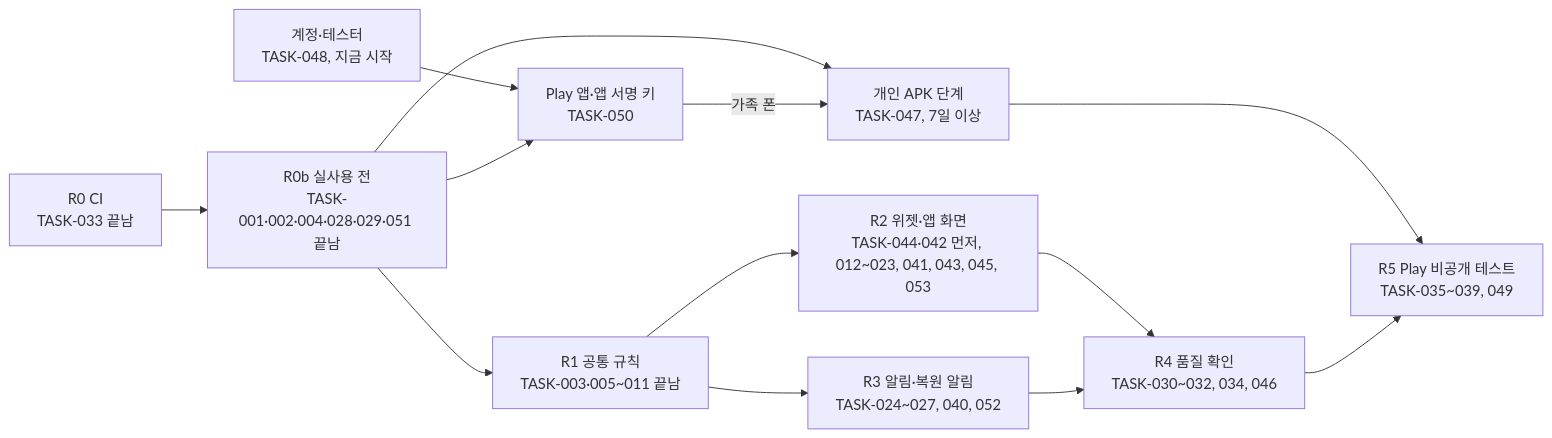
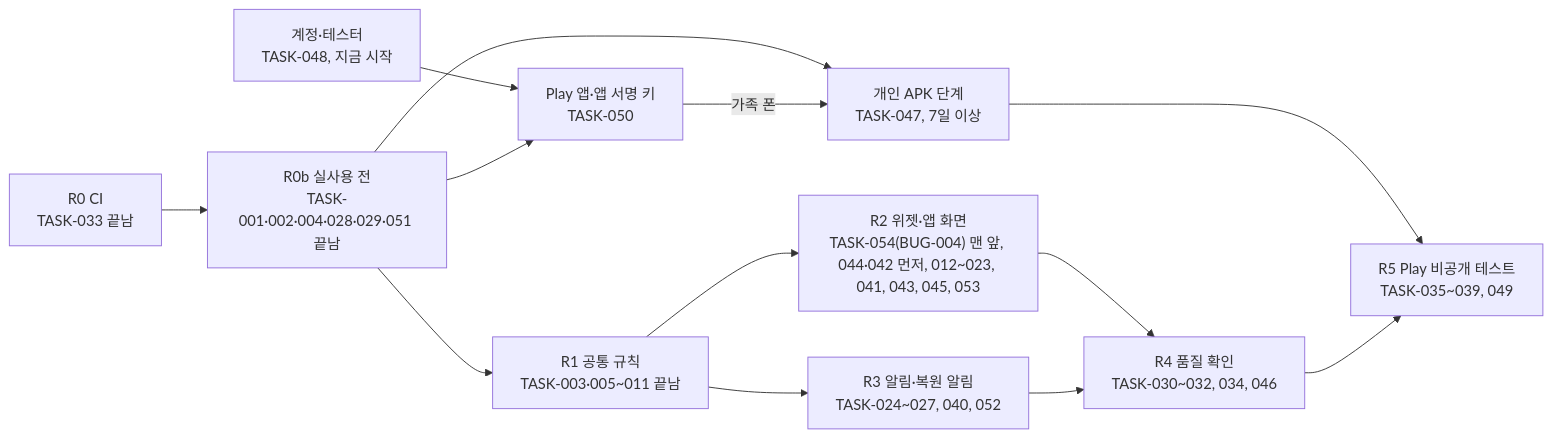
Before and after one commit to judangbang-ops/pillbadeum_release: the diagram in docs/08-wbs/wbs.md, drawn with Mermaid. The commit also changed other lines of this file and 6 other files, not shown here.

First line of the commit message:
05 고정·07·08 승인·10 계획 확인: TASK-054(BUG-004) 맨 앞, 시험용 갤럭시 (동희님 '추천모두승인')

````diff
--- a/docs/08-wbs/wbs.md
+++ b/docs/08-wbs/wbs.md
@@ -204,15 +206,15 @@
 ```mermaid
 flowchart LR
     R0["R0 CI<br/>TASK-033 끝남"] --> R0b["R0b 실사용 전<br/>TASK-001·002·004·028·029·051 끝남"]
     R0b --> P["개인 APK 단계<br/>TASK-047, 7일 이상"]
     R0b --> R1["R1 공통 규칙<br/>TASK-003·005~011 끝남"]
     A["계정·테스터<br/>TASK-048, 지금 시작"] --> K["Play 앱·앱 서명 키<br/>TASK-050"]
     R0b --> K
     K -->|가족 폰| P
-    R1 --> R2["R2 위젯·앱 화면<br/>TASK-044·042 먼저, 012~023, 041, 043, 045, 053"]
+    R1 --> R2["R2 위젯·앱 화면<br/>TASK-054(BUG-004) 맨 앞, 044·042 먼저, 012~023, 041, 043, 045, 053"]
     R1 --> R3["R3 알림·복원 알림<br/>TASK-024~027, 040, 052"]
     R2 --> R4["R4 품질 확인<br/>TASK-030~032, 034, 046"]
     R3 --> R4
     P --> R5
     R4 --> R5["R5 Play 비공개 테스트<br/>TASK-035~039, 049"]
 ```
````
